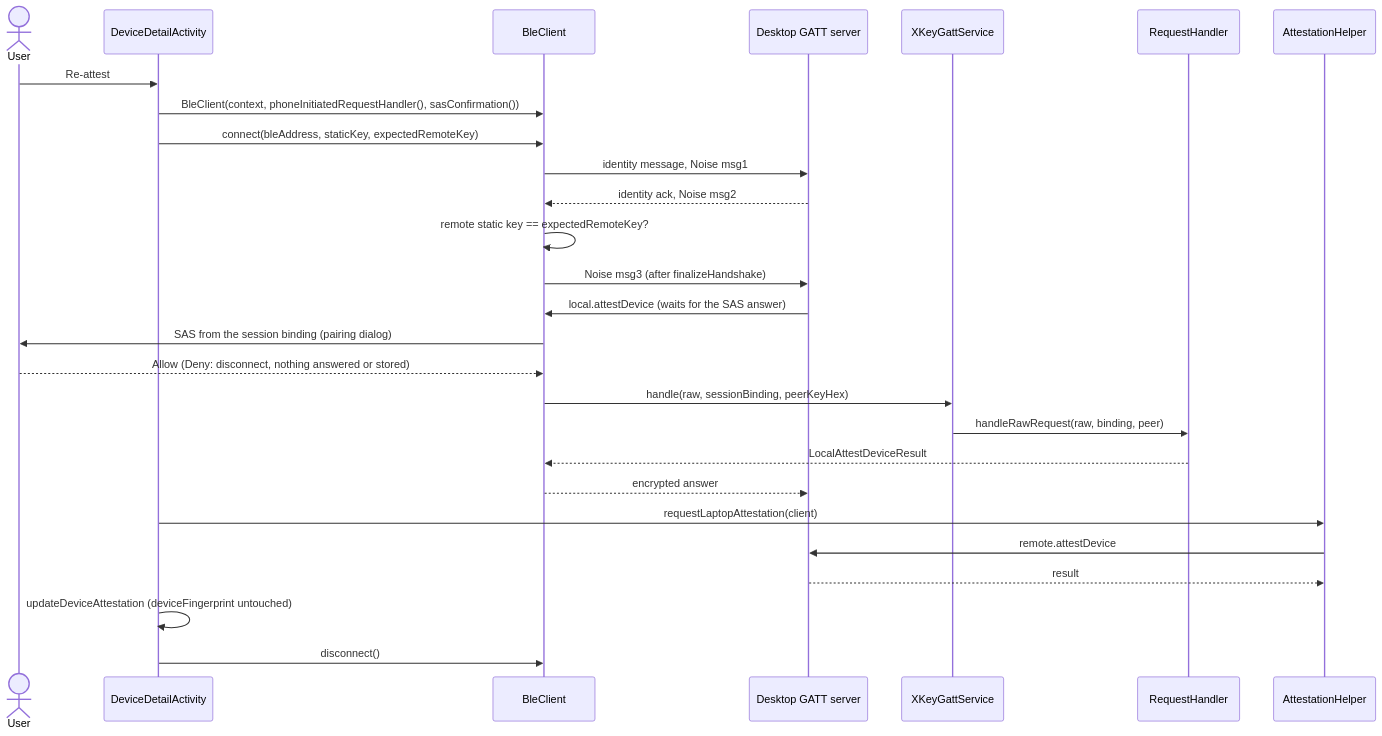
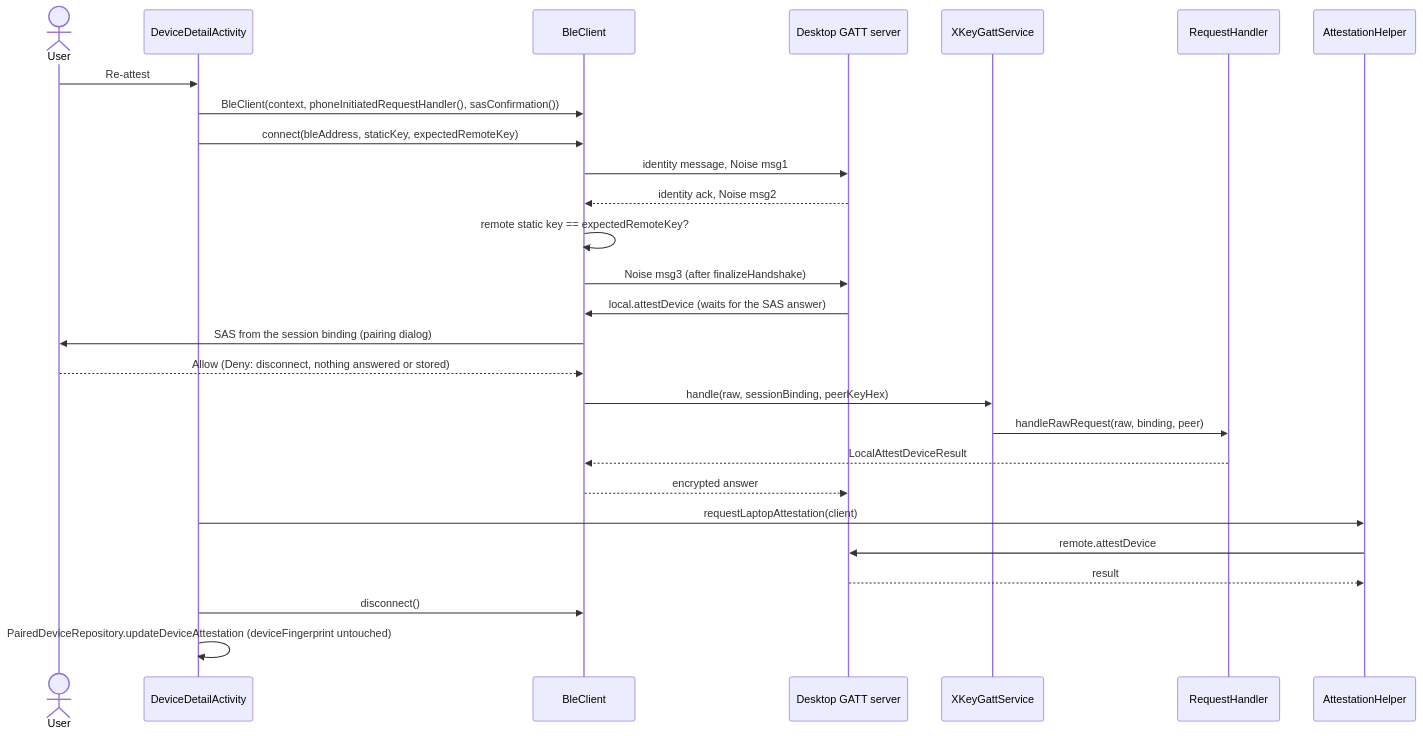
The diagram in docs/phone-initiated-pairing/architecture.md (jeremyhahn/xkey-android), drawn with Mermaid before and after one commit. The commit also changed other lines of this file and 39 other files, not shown here.

````diff
--- a/docs/phone-initiated-pairing/architecture.md
+++ b/docs/phone-initiated-pairing/architecture.md
@@ -54,30 +57,30 @@
 ```mermaid
 sequenceDiagram
     actor User
     participant DDA as DeviceDetailActivity
     participant BC as BleClient
     participant Desk as Desktop GATT server
     participant Svc as XKeyGattService
     participant RH as RequestHandler
     participant AH as AttestationHelper
 
     User->>DDA: Re-attest
     DDA->>BC: BleClient(context, phoneInitiatedRequestHandler(), sasConfirmation())
     DDA->>BC: connect(bleAddress, staticKey, expectedRemoteKey)
     BC->>Desk: identity message, Noise msg1
     Desk-->>BC: identity ack, Noise msg2
     BC->>BC: remote static key == expectedRemoteKey?
     BC->>Desk: Noise msg3 (after finalizeHandshake)
     Desk->>BC: local.attestDevice (waits for the SAS answer)
     BC->>User: SAS from the session binding (pairing dialog)
     User-->>BC: Allow (Deny: disconnect, nothing answered or stored)
     BC->>Svc: handle(raw, sessionBinding, peerKeyHex)
     Svc->>RH: handleRawRequest(raw, binding, peer)
     RH-->>BC: LocalAttestDeviceResult
     BC-->>Desk: encrypted answer
     DDA->>AH: requestLaptopAttestation(client)
     AH->>Desk: remote.attestDevice
     Desk-->>AH: result
-    DDA->>DDA: updateDeviceAttestation (deviceFingerprint untouched)
     DDA->>BC: disconnect()
+    DDA->>DDA: PairedDeviceRepository.updateDeviceAttestation (deviceFingerprint untouched)
 ```
````
